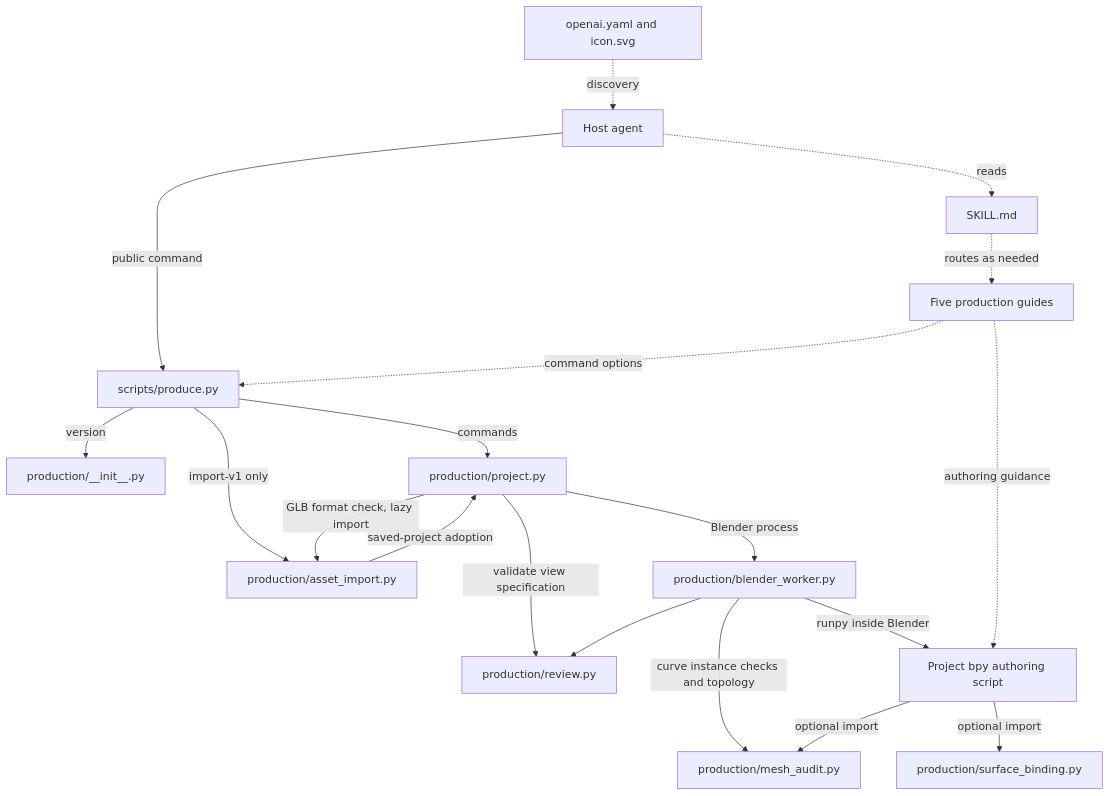
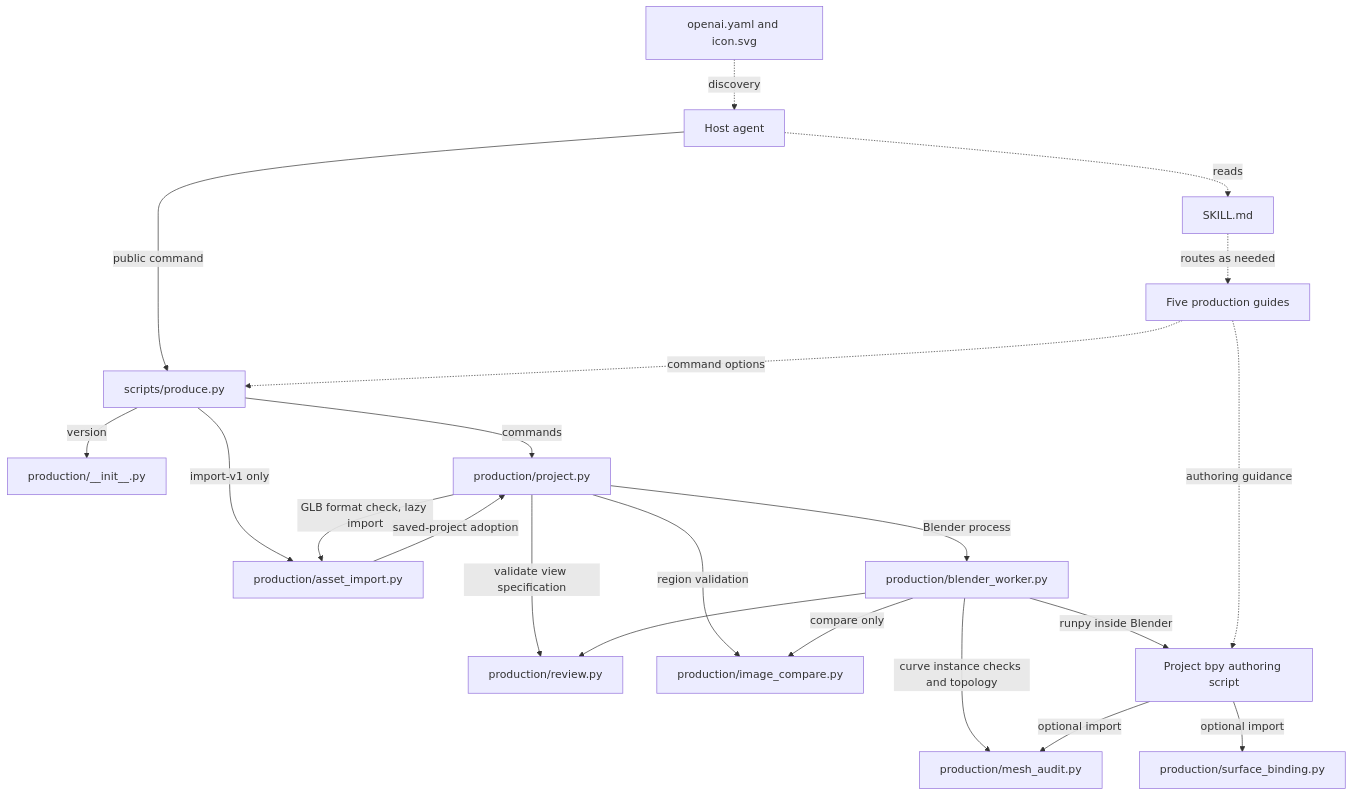
One commit to ictseoyoungmin/refas changed the diagram in docs/development/refas-2-skill-map.md. Above: the diagram before and after it, drawn with Mermaid. The commit also changed other lines of this file and 9 other files, not shown here.

````diff
--- a/docs/development/refas-2-skill-map.md
+++ b/docs/development/refas-2-skill-map.md
@@ -22,23 +22,25 @@
 ```mermaid
 flowchart TD
     Discovery["openai.yaml and icon.svg"] -. "discovery" .-> Agent["Host agent"]
     Agent -. "reads" .-> Skill["SKILL.md"]
     Skill -. "routes as needed" .-> Guides["Five production guides"]
     Agent -- "public command" --> CLI["scripts/produce.py"]
     Guides -. "command options" .-> CLI
 
     CLI -- "version" --> Identity["production/__init__.py"]
     CLI -- "commands" --> Project["production/project.py"]
     CLI -- "import-v1 only" --> Import["production/asset_import.py"]
     Project -- "GLB format check, lazy import" --> Import
     Import -- "saved-project adoption" --> Project
 
     Project -- "validate view specification" --> Review["production/review.py"]
     Project -- "Blender process" --> Worker["production/blender_worker.py"]
     Worker --> Review
+    Project -- "region validation" --> Comparison["production/image_compare.py"]
+    Worker -- "compare only" --> Comparison
     Worker -- "curve instance checks and topology" --> Audit["production/mesh_audit.py"]
     Worker -- "runpy inside Blender" --> Script["Project bpy authoring script"]
     Guides -. "authoring guidance" .-> Script
     Script -- "optional import" --> Audit
     Script -- "optional import" --> Binding["production/surface_binding.py"]
 ```
````
